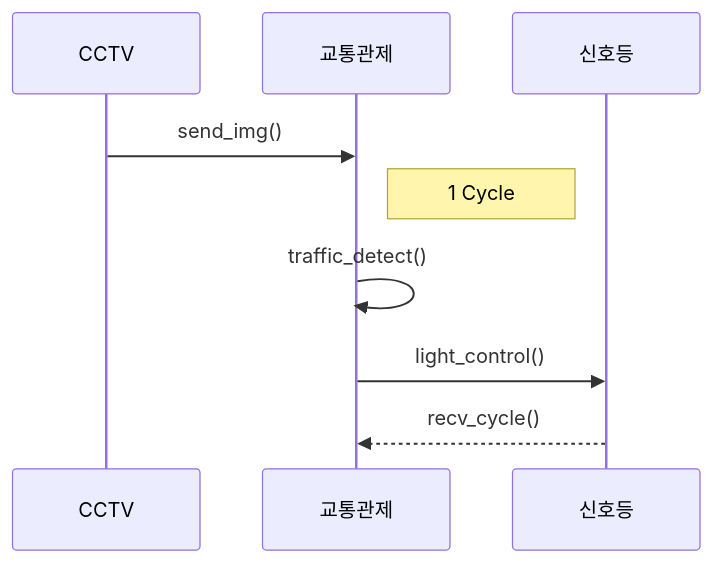
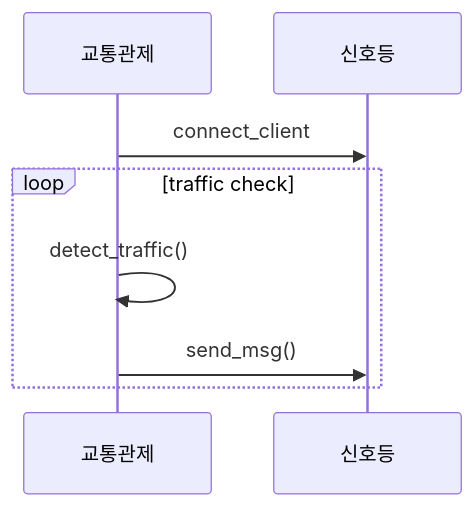
One commit to dnfm257/cctv_ctrl changed the first of 2 diagrams in README.md. Above: the diagram before and after it, drawn with Mermaid. The commit also changed other lines of this file and 1 other file, not shown here.

````diff
--- a/README.md
+++ b/README.md
@@ -18,10 +18,10 @@
 ```mermaid
 sequenceDiagram
 
-CCTV->>교통관제: send_img()
-Note right of 교통관제: 1 Cycle
-교통관제->>교통관제: traffic_detect()
+교통관제->>신호등: connect_client
 
-교통관제->>신호등: light_control()
-신호등-->>교통관제: recv_cycle()
+loop traffic check
+    교통관제->>교통관제: detect_traffic()
+    교통관제->>신호등: send_msg()
+end
 ```
````
